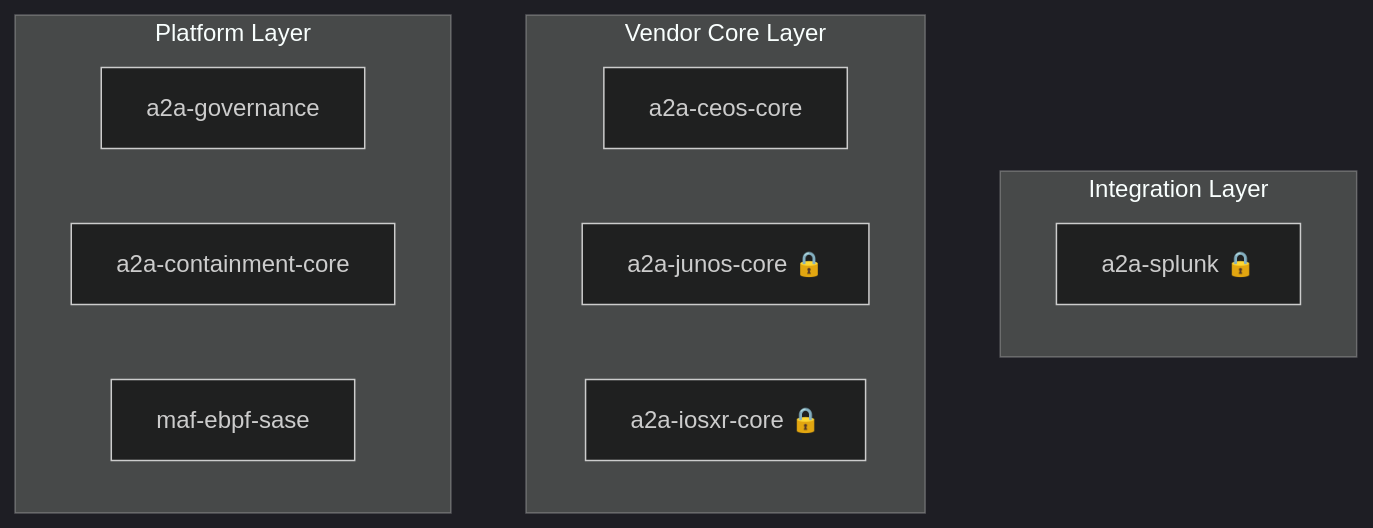
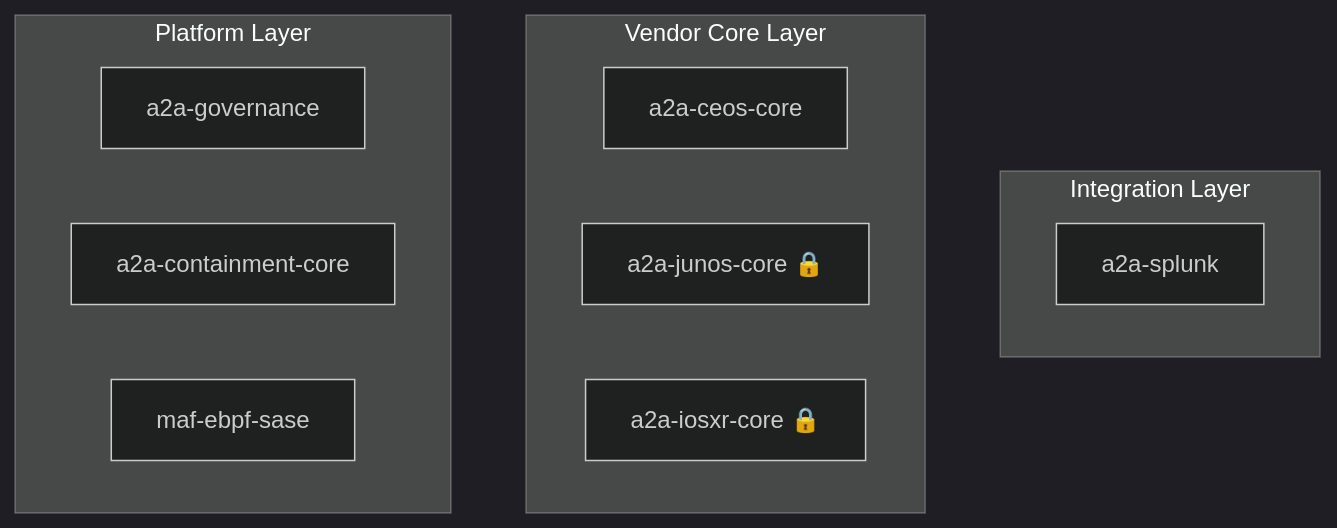
Before and after one commit to hidemi-k/hidemi-k: the diagram in README.md, drawn with Mermaid (dark theme).

Commit message:
Update Splunk label in architecture map
Removed the lock emoji from the Splunk integration label in the architecture map.

````diff
--- a/README.md
+++ b/README.md
@@ -24,16 +24,16 @@
 ```mermaid
 graph TD
     subgraph Integrations ["Integration Layer"]
-        Splunk["a2a-splunk 🔒"]
+        Splunk["a2a-splunk"]
     end
     subgraph A2A_Vendor_Cores ["Vendor Core Layer"]
         Ceos["a2a-ceos-core"]
         Junos["a2a-junos-core 🔒"]
         IOSXR["a2a-iosxr-core 🔒"]
     end
     subgraph A2A_Suite ["Platform Layer"]
         Gov["a2a-governance"]
         Contain["a2a-containment-core"]
         SASE["maf-ebpf-sase"]
     end
 ```
````
